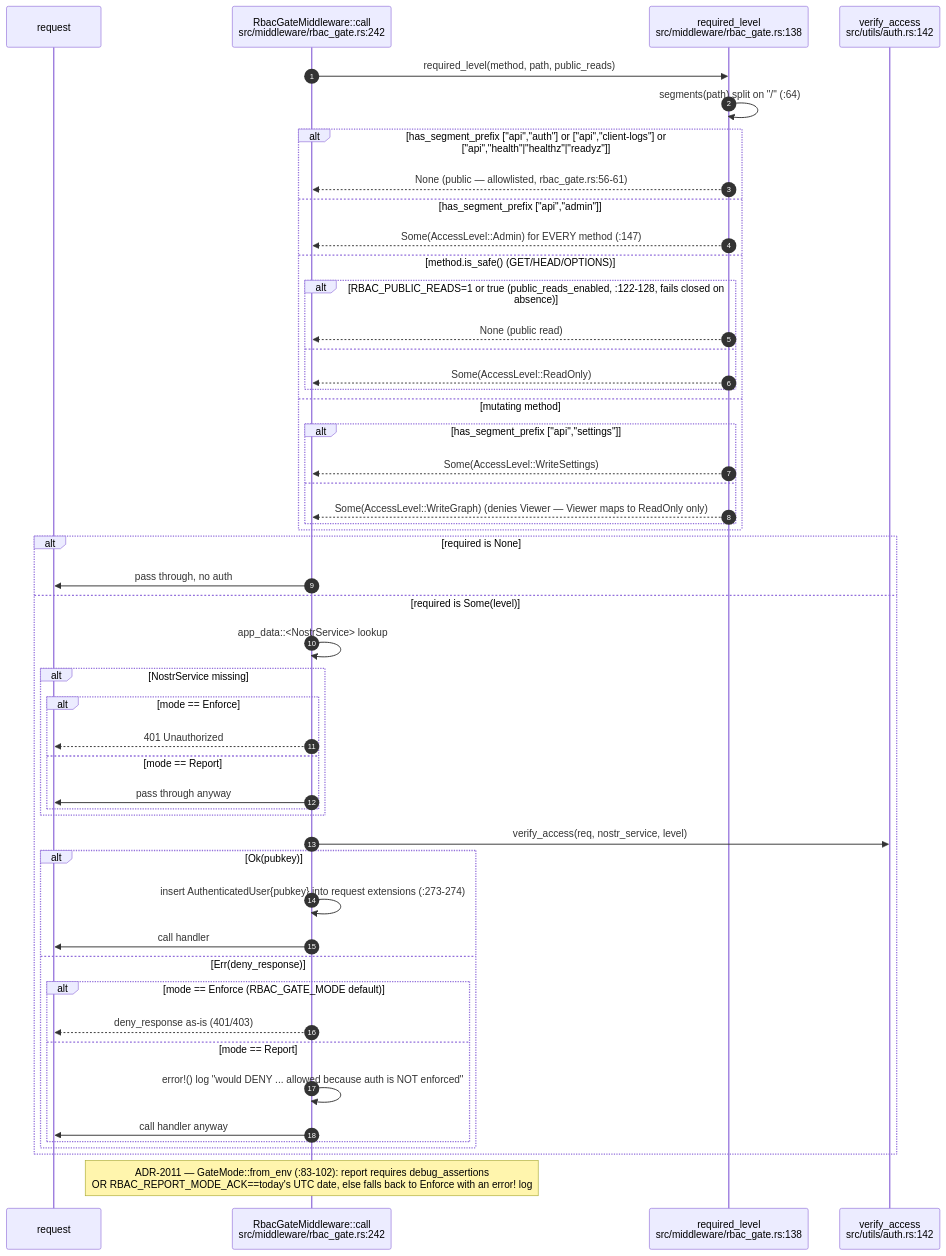
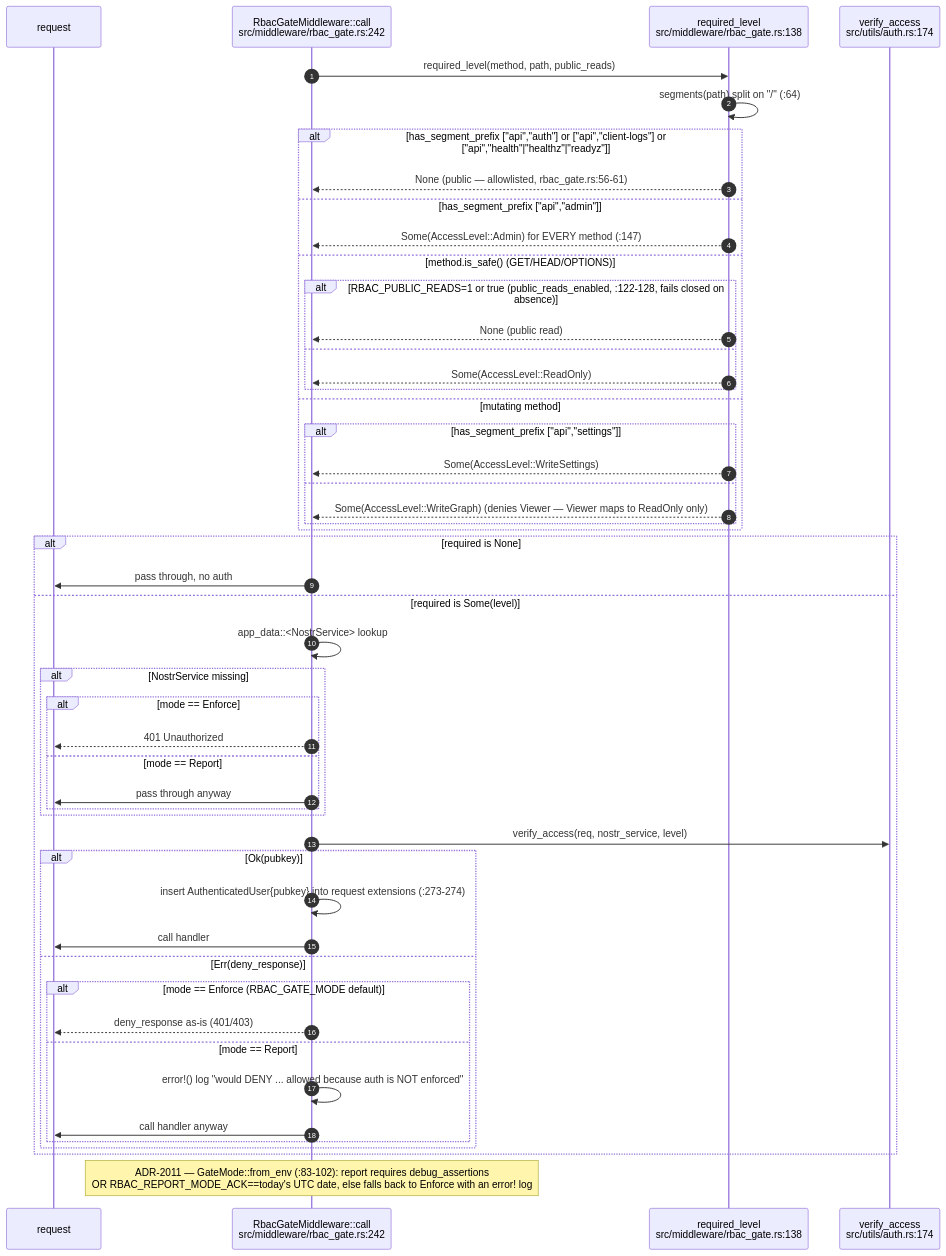
One commit to DreamLab-AI/VisionFlow changed the sixth of 14 diagrams in docs/diagrams/visionclaw/03-request-lifecycle-and-rbac.md. Above: the diagram before and after it, drawn with Mermaid. The commit also changed other lines of this file and 111 other files, not shown here.

Commit message:
docs(diagrams): align estate maps with current source

````diff
--- a/docs/diagrams/visionclaw/03-request-lifecycle-and-rbac.md
+++ b/docs/diagrams/visionclaw/03-request-lifecycle-and-rbac.md
@@ -292,53 +292,53 @@
 ```mermaid
 sequenceDiagram
     autonumber
     participant R as request
     participant RG as RbacGateMiddleware::call<br/>src/middleware/rbac_gate.rs:242
     participant RL as required_level<br/>src/middleware/rbac_gate.rs:138
-    participant VA as verify_access<br/>src/utils/auth.rs:142
+    participant VA as verify_access<br/>src/utils/auth.rs:174
 
     RG->>RL: required_level(method, path, public_reads)
     RL->>RL: segments(path) split on "/" (:64)
     alt has_segment_prefix ["api","auth"] or ["api","client-logs"] or ["api","health"|"healthz"|"readyz"]
         RL-->>RG: None (public — allowlisted, rbac_gate.rs:56-61)
     else has_segment_prefix ["api","admin"]
         RL-->>RG: Some(AccessLevel::Admin) for EVERY method (:147)
     else method.is_safe() (GET/HEAD/OPTIONS)
         alt RBAC_PUBLIC_READS=1 or true (public_reads_enabled, :122-128, fails closed on absence)
             RL-->>RG: None (public read)
         else
             RL-->>RG: Some(AccessLevel::ReadOnly)
         end
     else mutating method
         alt has_segment_prefix ["api","settings"]
             RL-->>RG: Some(AccessLevel::WriteSettings)
         else
             RL-->>RG: Some(AccessLevel::WriteGraph) (denies Viewer — Viewer maps to ReadOnly only)
         end
     end
     alt required is None
         RG->>R: pass through, no auth
     else required is Some(level)
         RG->>RG: app_data::<NostrService> lookup
         alt NostrService missing
             alt mode == Enforce
                 RG-->>R: 401 Unauthorized
             else mode == Report
                 RG->>R: pass through anyway
             end
         end
         RG->>VA: verify_access(req, nostr_service, level)
         alt Ok(pubkey)
             RG->>RG: insert AuthenticatedUser{pubkey} into request extensions (:273-274)
             RG->>R: call handler
         else Err(deny_response)
             alt mode == Enforce (RBAC_GATE_MODE default)
                 RG-->>R: deny_response as-is (401/403)
             else mode == Report
                 RG->>RG: error!() log "would DENY ... allowed because auth is NOT enforced"
                 RG->>R: call handler anyway
             end
         end
     end
     Note over RG: ADR-2011 — GateMode::from_env (:83-102): report requires debug_assertions<br/>OR RBAC_REPORT_MODE_ACK==today's UTC date, else falls back to Enforce with an error! log
 ```
````
